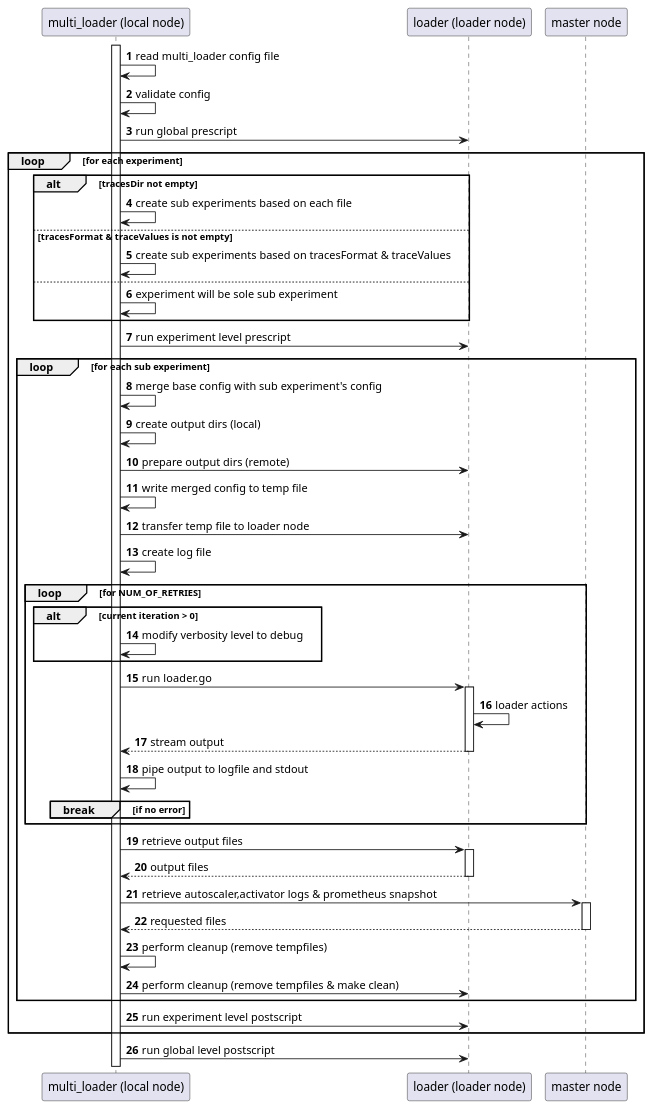
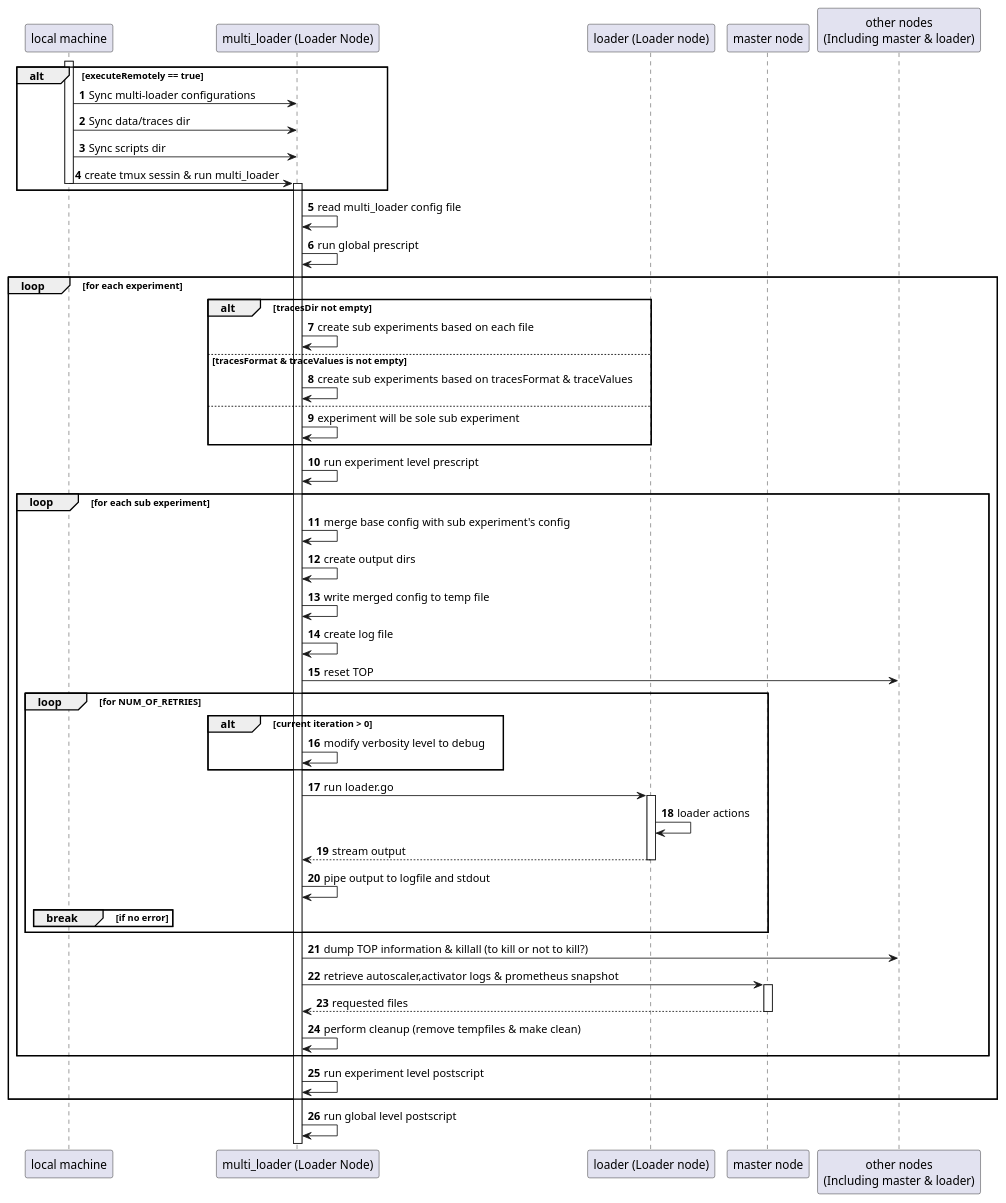
Before and after one commit to nosnelmil/invitro: the diagram in cmd/multi_loader/multi_loader_sd.puml, drawn with PlantUML. The commit also changed 6 other files, not shown here.

```diff
--- a/cmd/multi_loader/multi_loader_sd.puml
+++ b/cmd/multi_loader/multi_loader_sd.puml
@@ -1,51 +1,55 @@
 @startuml multi_loader_sd
 
-participant "multi_loader (local node)" as ml
-participant "loader (loader node)" as l
+participant "local machine" as local
+participant "multi_loader (Loader Node)" as ml
+participant "loader (Loader node)" as l
 participant "master node" as mas
+participant "other nodes\n(Including master & loader)" as other
 
 autonumber
-ml++
+alt executeRemotely == true
+  local ++
+  local -> ml: Sync multi-loader configurations
+  local -> ml: Sync data/traces dir
+  local -> ml: Sync scripts dir 
+  local -> ml --++: create tmux sessin & run multi_loader
+end
 ml -> ml: read multi_loader config file
-ml -> ml: validate config
-ml -> l: run global prescript
+ml -> ml: run global prescript
 
 loop for each experiment
   alt tracesDir not empty
     ml->ml: create sub experiments based on each file
   else tracesFormat & traceValues is not empty
     ml->ml: create sub experiments based on tracesFormat & traceValues
   else
     ml->ml: experiment will be sole sub experiment
   end
-  ml->l: run experiment level prescript
+  ml->ml: run experiment level prescript
   loop for each sub experiment
     ml->ml: merge base config with sub experiment's config
-    ml->ml: create output dirs (local)
-    ml->l: prepare output dirs (remote)
+    ml->ml: create output dirs
     ml->ml: write merged config to temp file
-    ml->l: transfer temp file to loader node
     ml->ml: create log file
+    ml->other: reset TOP
     loop for NUM_OF_RETRIES
       alt current iteration > 0
         ml->ml: modify verbosity level to debug
       end
       ml->l++: run loader.go
       l->l: loader actions
       return stream output
       ml->ml: pipe output to logfile and stdout     
       break if no error
       end
     end
-    ml->l++: retrieve output files
-    return output files
+    ml->other: dump TOP information & killall (to kill or not to kill?)
     ml->mas++: retrieve autoscaler,activator logs & prometheus snapshot
     return requested files
-    ml->ml: perform cleanup (remove tempfiles)
-    ml->l: perform cleanup (remove tempfiles & make clean)
+    ml->ml: perform cleanup (remove tempfiles & make clean)
   end
-  ml->l: run experiment level postscript
+  ml->ml: run experiment level postscript
 end
-ml->l: run global level postscript
+ml->ml: run global level postscript
 
 @enduml
```
